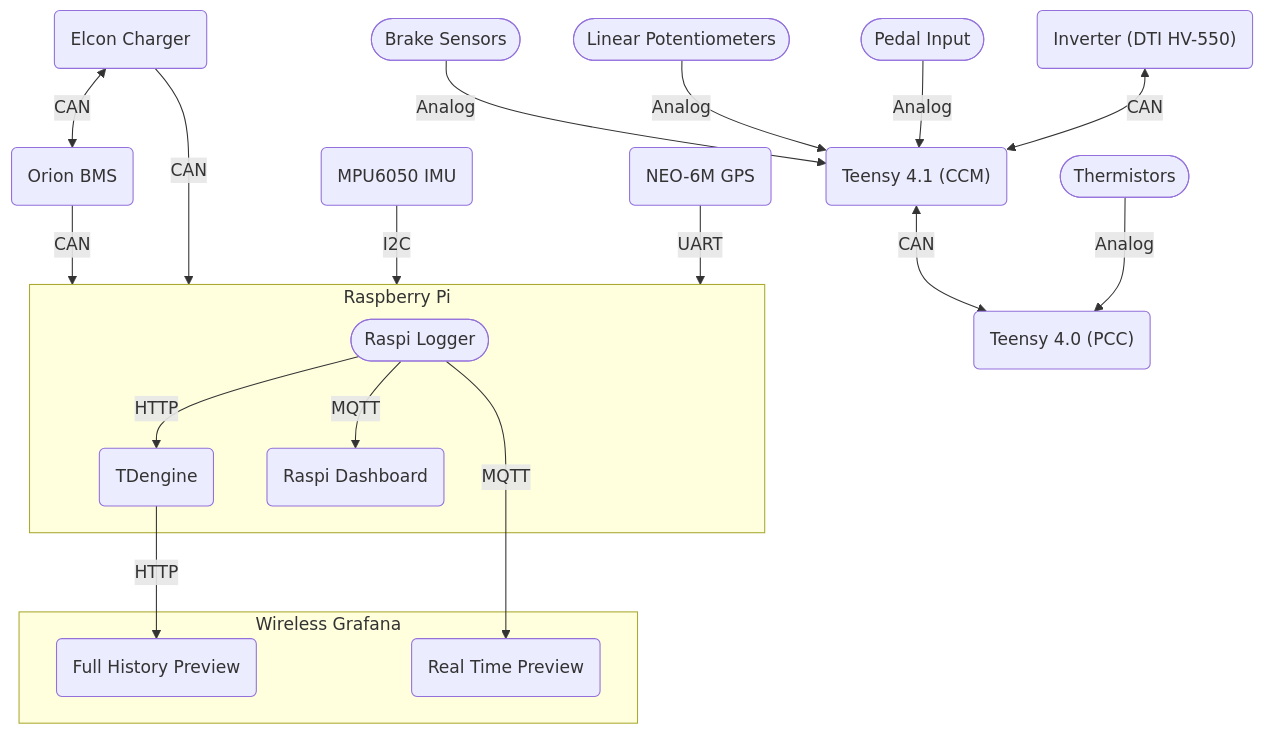
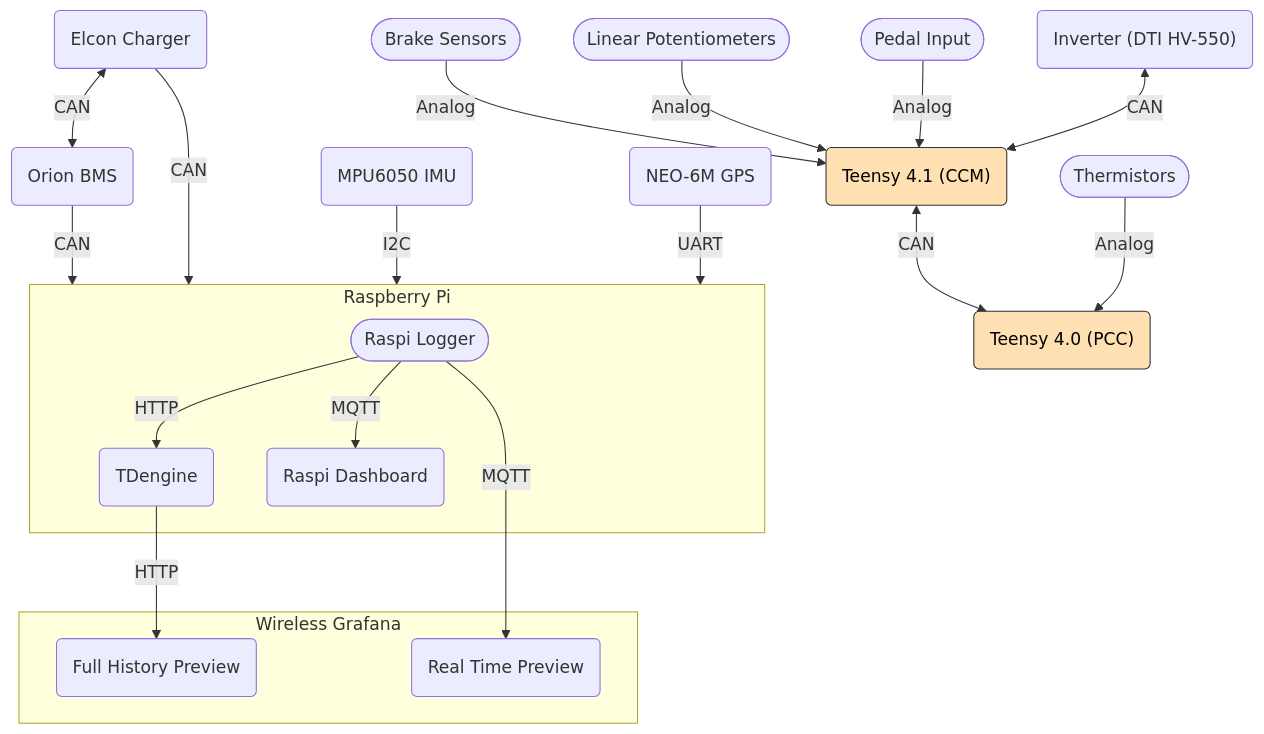
Before and after one commit to Anteater-Electric-Racing/embedded-mz: the diagram in README.md, drawn with Mermaid.

Commit message:
Highlight Teensy controller boxes

````diff
--- a/README.md
+++ b/README.md
@@ -3,26 +3,29 @@
 ```mermaid
 flowchart TD
     BMS(Orion BMS) -->|CAN| RASPI
     IMS(Elcon Charger) <-->|CAN| BMS
     IMS(Elcon Charger) -->|CAN| RASPI
     IMU(MPU6050 IMU) -->|I2C| RASPI
     GPS(NEO-6M GPS) -->|UART| RASPI
 
     B([Brake Sensors]) -->|Analog| TS-CCM
     L([Linear Potentiometers]) -->|Analog| TS-CCM
     PDL([Pedal Input]) -->|Analog| TS-CCM
     
     TS-CCM("Teensy 4.1 (CCM)") <--> |CAN| TS-PCC("Teensy 4.0 (PCC)")
     INV("Inverter (DTI HV-550)") <--> |CAN| TS-CCM
 
+    style TS-CCM fill:#FFE0B2,stroke:#333,color:#000
+    style TS-PCC fill:#FFE0B2,stroke:#333,color:#000
+
     TH([Thermistors]) --> |Analog| TS-PCC
     
     subgraph RASPI[Raspberry Pi]
         R(["Raspi Logger"]) -->|HTTP| I(TDengine)
         R -->|MQTT| D("Raspi Dashboard")
     end
     subgraph Graphana[Wireless Grafana]
         I -->|HTTP| F(Full History Preview)
         R -->|MQTT| P(Real Time Preview)
     end
 ```
````
